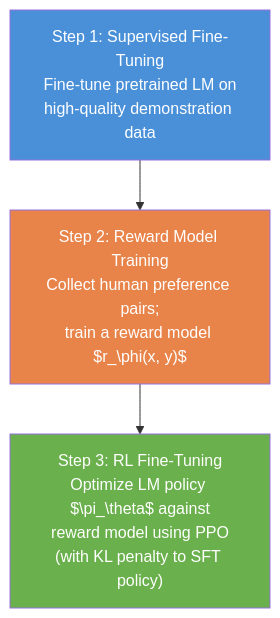
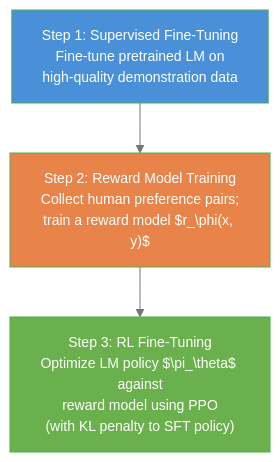
One commit to m-deane/course-creator changed the diagram in courses/reinforcement-learning/modules/module_09_frontiers/guides/03_rlhf_and_safety_guide.md. Above: the diagram before and after it, drawn with Mermaid. The commit also changed 35 other files, not shown here.

````diff
--- a/courses/reinforcement-learning/modules/module_09_frontiers/guides/03_rlhf_and_safety_guide.md
+++ b/courses/reinforcement-learning/modules/module_09_frontiers/guides/03_rlhf_and_safety_guide.md
@@ -44,9 +44,10 @@
 ```mermaid
+%%{init: {"theme": "base", "themeVariables": {"primaryColor": "#e8f5e9", "primaryBorderColor": "#4caf50", "primaryTextColor": "#212121", "secondaryColor": "#e3f2fd", "tertiaryColor": "#fff8e1", "lineColor": "#757575", "fontFamily": "Inter, sans-serif", "fontSize": "14px"}}}%%
 flowchart TD
     SFT["Step 1: Supervised Fine-Tuning\nFine-tune pretrained LM on\nhigh-quality demonstration data"] --> RM["Step 2: Reward Model Training\nCollect human preference pairs;\ntrain a reward model $r_\phi(x, y)$"]
     RM --> PPO["Step 3: RL Fine-Tuning\nOptimize LM policy $\pi_\theta$ against\nreward model using PPO\n(with KL penalty to SFT policy)"]
 
     style SFT fill:#4A90D9,color:#fff
     style RM fill:#E8844A,color:#fff
     style PPO fill:#6ab04c,color:#fff
 ```
````
